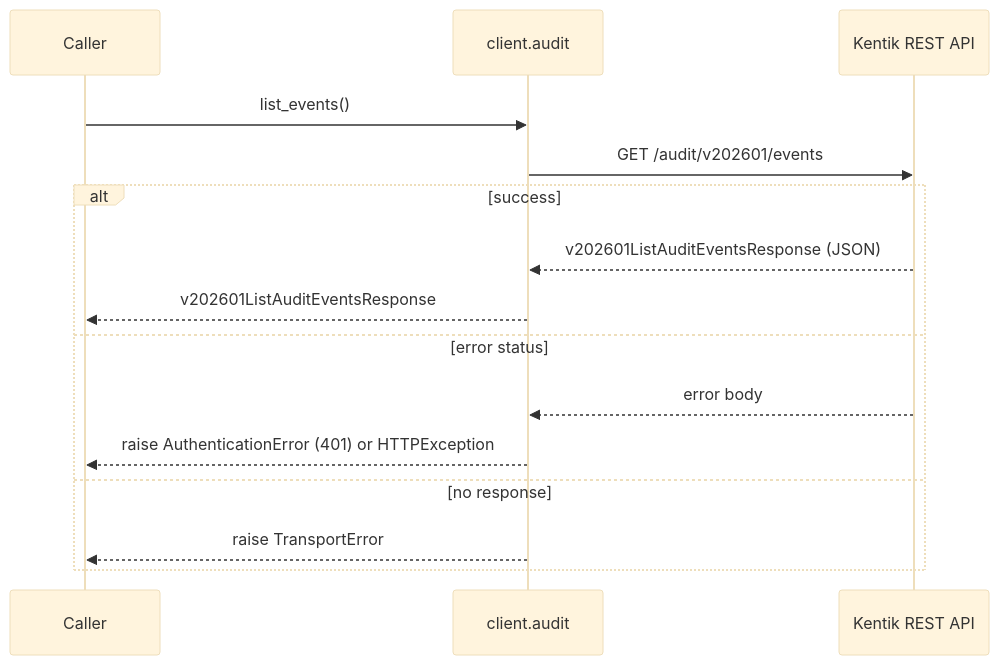
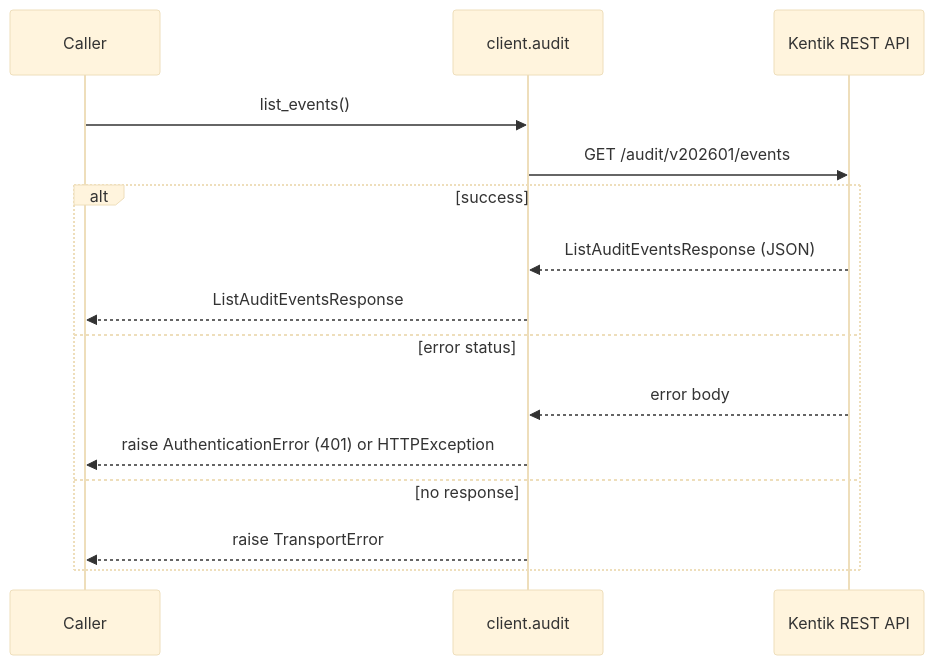
Before and after one commit to alexdearaujo/community_sdk_python: the second of 8 diagrams in docs/sphinx/services/audit.md, drawn with Mermaid (base theme). The commit also changed other lines of this file and 38 other files, not shown here.

````diff
--- a/docs/sphinx/services/audit.md
+++ b/docs/sphinx/services/audit.md
@@ -38,18 +38,18 @@
 ```mermaid
 sequenceDiagram
     participant C as Caller
     participant W as client.audit
     participant API as Kentik REST API
 
     C->>W: list_events()
     W->>API: GET /audit/v202601/events
     alt success
-        API-->>W: v202601ListAuditEventsResponse (JSON)
-        W-->>C: v202601ListAuditEventsResponse
+        API-->>W: ListAuditEventsResponse (JSON)
+        W-->>C: ListAuditEventsResponse
     else error status
         API-->>W: error body
         W-->>C: raise AuthenticationError (401) or HTTPException
     else no response
         W-->>C: raise TransportError
     end
 ```
````
